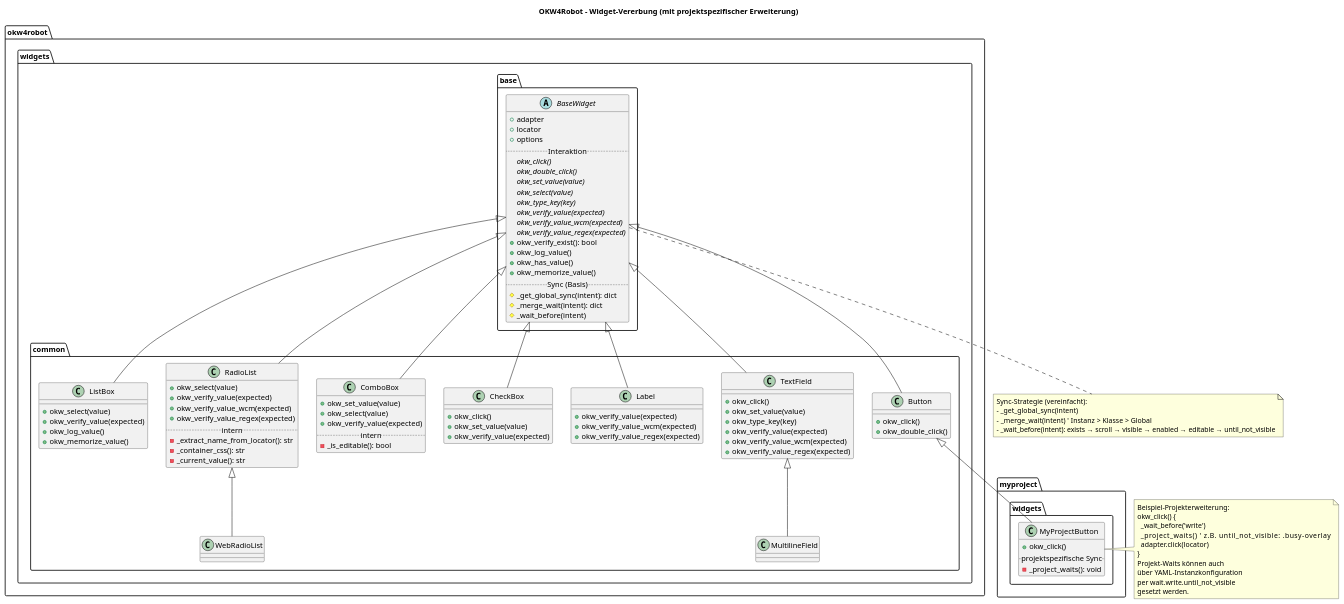
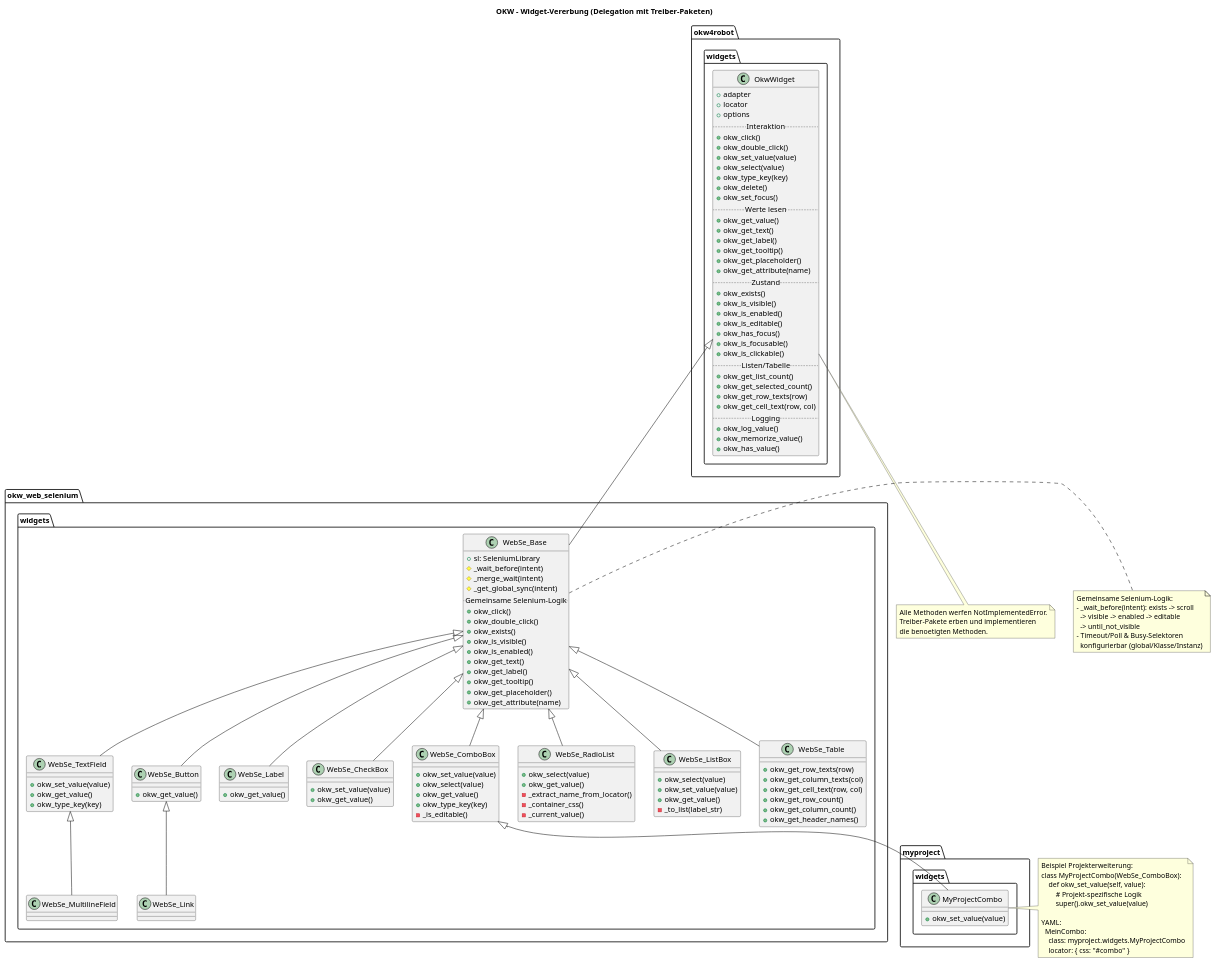
One commit to Hrabovszki1023/robotframework-okw-web-selenium changed the diagram in docs/diagramms/widgets_inheritance.puml. Above: the diagram before and after it, drawn with PlantUML. The commit also changed 100 other files, not shown here.

First line of the commit message:
feat: WebSe_* Widget-Klassen, YAML-Locators umgestellt, Altlasten bereinigt

```diff
--- a/docs/diagramms/widgets_inheritance.puml
+++ b/docs/diagramms/widgets_inheritance.puml
@@ -1,120 +1,157 @@
 @startuml WidgetsInheritance
-title OKW4Robot – Widget-Vererbung (mit projektspezifischer Erweiterung)
+title OKW – Widget-Vererbung (Delegation mit Treiber-Paketen)
 
-package "okw4robot.widgets.base" {
-  abstract class BaseWidget {
+package "okw4robot.widgets" {
+  class OkwWidget {
     +adapter
     +locator
     +options
     .. Interaktion ..
-    {abstract} okw_click()
-    {abstract} okw_double_click()
-    {abstract} okw_set_value(value)
-    {abstract} okw_select(value)
-    {abstract} okw_type_key(key)
-    {abstract} okw_verify_value(expected)
-    {abstract} okw_verify_value_wcm(expected)
-    {abstract} okw_verify_value_regex(expected)
-    +okw_verify_exist(): bool
+    +okw_click()
+    +okw_double_click()
+    +okw_set_value(value)
+    +okw_select(value)
+    +okw_type_key(key)
+    +okw_delete()
+    +okw_set_focus()
+    .. Werte lesen ..
+    +okw_get_value()
+    +okw_get_text()
+    +okw_get_label()
+    +okw_get_tooltip()
+    +okw_get_placeholder()
+    +okw_get_attribute(name)
+    .. Zustand ..
+    +okw_exists()
+    +okw_is_visible()
+    +okw_is_enabled()
+    +okw_is_editable()
+    +okw_has_focus()
+    +okw_is_focusable()
+    +okw_is_clickable()
+    .. Listen/Tabelle ..
+    +okw_get_list_count()
+    +okw_get_selected_count()
+    +okw_get_row_texts(row)
+    +okw_get_cell_text(row, col)
+    .. Logging ..
     +okw_log_value()
+    +okw_memorize_value()
     +okw_has_value()
-    +okw_memorize_value()
-    .. Sync (Basis) ..
-    # _get_global_sync(intent): dict
-    # _merge_wait(intent): dict
-    # _wait_before(intent)
   }
 }
 
-package "okw4robot.widgets.common" {
-  class Button {
+package "okw_web_selenium.widgets" {
+  class WebSe_Base {
+    +sl: SeleniumLibrary
+    # _wait_before(intent)
+    # _merge_wait(intent)
+    # _get_global_sync(intent)
+    .. Gemeinsame Selenium-Logik ..
     +okw_click()
     +okw_double_click()
+    +okw_exists()
+    +okw_is_visible()
+    +okw_is_enabled()
+    +okw_get_text()
+    +okw_get_label()
+    +okw_get_tooltip()
+    +okw_get_placeholder()
+    +okw_get_attribute(name)
   }
-  class TextField {
-    +okw_click()
+  class WebSe_TextField {
     +okw_set_value(value)
+    +okw_get_value()
     +okw_type_key(key)
-    +okw_verify_value(expected)
-    +okw_verify_value_wcm(expected)
-    +okw_verify_value_regex(expected)
   }
-  class MultilineField {
+  class WebSe_MultilineField
+  class WebSe_Button {
+    +okw_get_value()
   }
-  class Label {
-    +okw_verify_value(expected)
-    +okw_verify_value_wcm(expected)
-    +okw_verify_value_regex(expected)
+  class WebSe_Link
+  class WebSe_Label {
+    +okw_get_value()
   }
-  class CheckBox {
-    +okw_click()
+  class WebSe_CheckBox {
     +okw_set_value(value)
-    +okw_verify_value(expected)
+    +okw_get_value()
   }
-  class ComboBox {
+  class WebSe_ComboBox {
     +okw_set_value(value)
     +okw_select(value)
-    +okw_verify_value(expected)
-    .. intern ..
-    - _is_editable(): bool
+    +okw_get_value()
+    +okw_type_key(key)
+    - _is_editable()
   }
-  class RadioList {
+  class WebSe_RadioList {
     +okw_select(value)
-    +okw_verify_value(expected)
-    +okw_verify_value_wcm(expected)
-    +okw_verify_value_regex(expected)
-    .. intern ..
-    - _extract_name_from_locator(): str
-    - _container_css(): str
-    - _current_value(): str
+    +okw_get_value()
+    - _extract_name_from_locator()
+    - _container_css()
+    - _current_value()
   }
-  class WebRadioList {}
-  class ListBox {
+  class WebSe_ListBox {
     +okw_select(value)
-    +okw_verify_value(expected)
-    +okw_log_value()
-    +okw_memorize_value()
+    +okw_set_value(value)
+    +okw_get_value()
+    - _to_list(label_str)
+  }
+  class WebSe_Table {
+    +okw_get_row_texts(row)
+    +okw_get_column_texts(col)
+    +okw_get_cell_text(row, col)
+    +okw_get_row_count()
+    +okw_get_column_count()
+    +okw_get_header_names()
   }
 }
 
-BaseWidget <|-- Button
-BaseWidget <|-- TextField
-TextField <|-- MultilineField
-BaseWidget <|-- Label
-BaseWidget <|-- CheckBox
-BaseWidget <|-- ComboBox
-BaseWidget <|-- RadioList
-RadioList <|-- WebRadioList
-BaseWidget <|-- ListBox
+OkwWidget <|-- WebSe_Base
+WebSe_Base <|-- WebSe_TextField
+WebSe_TextField <|-- WebSe_MultilineField
+WebSe_Base <|-- WebSe_Button
+WebSe_Button <|-- WebSe_Link
+WebSe_Base <|-- WebSe_Label
+WebSe_Base <|-- WebSe_CheckBox
+WebSe_Base <|-- WebSe_ComboBox
+WebSe_Base <|-- WebSe_RadioList
+WebSe_Base <|-- WebSe_ListBox
+WebSe_Base <|-- WebSe_Table
 
 package "myproject.widgets" {
-  class MyProjectButton {
-    +okw_click()
-    .. projektspezifische Sync ..
-    - _project_waits(): void
+  class MyProjectCombo {
+    +okw_set_value(value)
   }
 }
 
-Button <|-- MyProjectButton
+WebSe_ComboBox <|-- MyProjectCombo
 
-note right of MyProjectButton
-Beispiel-Projekterweiterung:
-okw_click() {
-  _wait_before('write')
-  _project_waits()              ' z.B. until_not_visible: .busy-overlay
-  adapter.click(locator)
-}
-Projekt-Waits können auch
-über YAML-Instanzkonfiguration
-per wait.write.until_not_visible
-gesetzt werden.
+note right of MyProjectCombo
+Beispiel Projekterweiterung:
+class MyProjectCombo(WebSe_ComboBox):
+    def okw_set_value(self, value):
+        # Projekt-spezifische Logik
+        super().okw_set_value(value)
+
+YAML:
+  MeinCombo:
+    class: myproject.widgets.MyProjectCombo
+    locator: { css: "#combo" }
 end note
 
-note bottom of BaseWidget
-Sync-Strategie (vereinfacht):
-- _get_global_sync(intent)
-- _merge_wait(intent)  ' Instanz > Klasse > Global
-- _wait_before(intent): exists → scroll → visible → enabled → editable → until_not_visible
+note bottom of OkwWidget
+Alle Methoden werfen NotImplementedError.
+Treiber-Pakete erben und implementieren
+die benoetigten Methoden.
+end note
+
+note right of WebSe_Base
+Gemeinsame Selenium-Logik:
+- _wait_before(intent): exists -> scroll
+  -> visible -> enabled -> editable
+  -> until_not_visible
+- Timeout/Poll & Busy-Selektoren
+  konfigurierbar (global/Klasse/Instanz)
 end note
 
 @enduml
```
